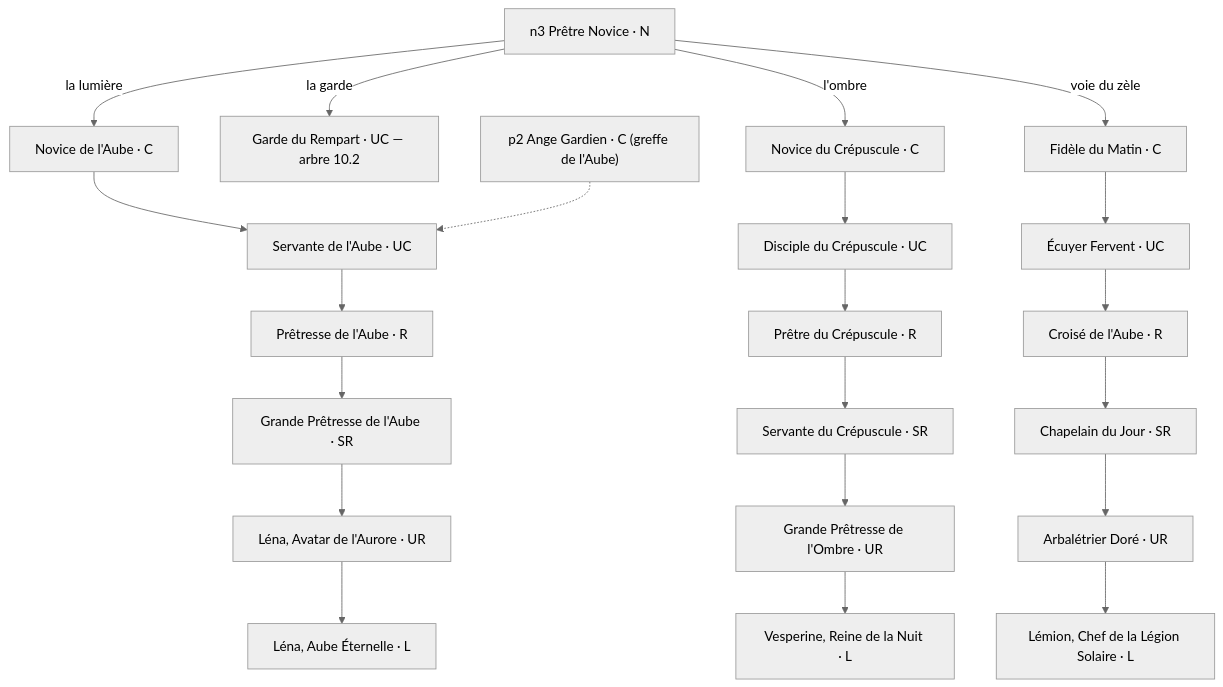
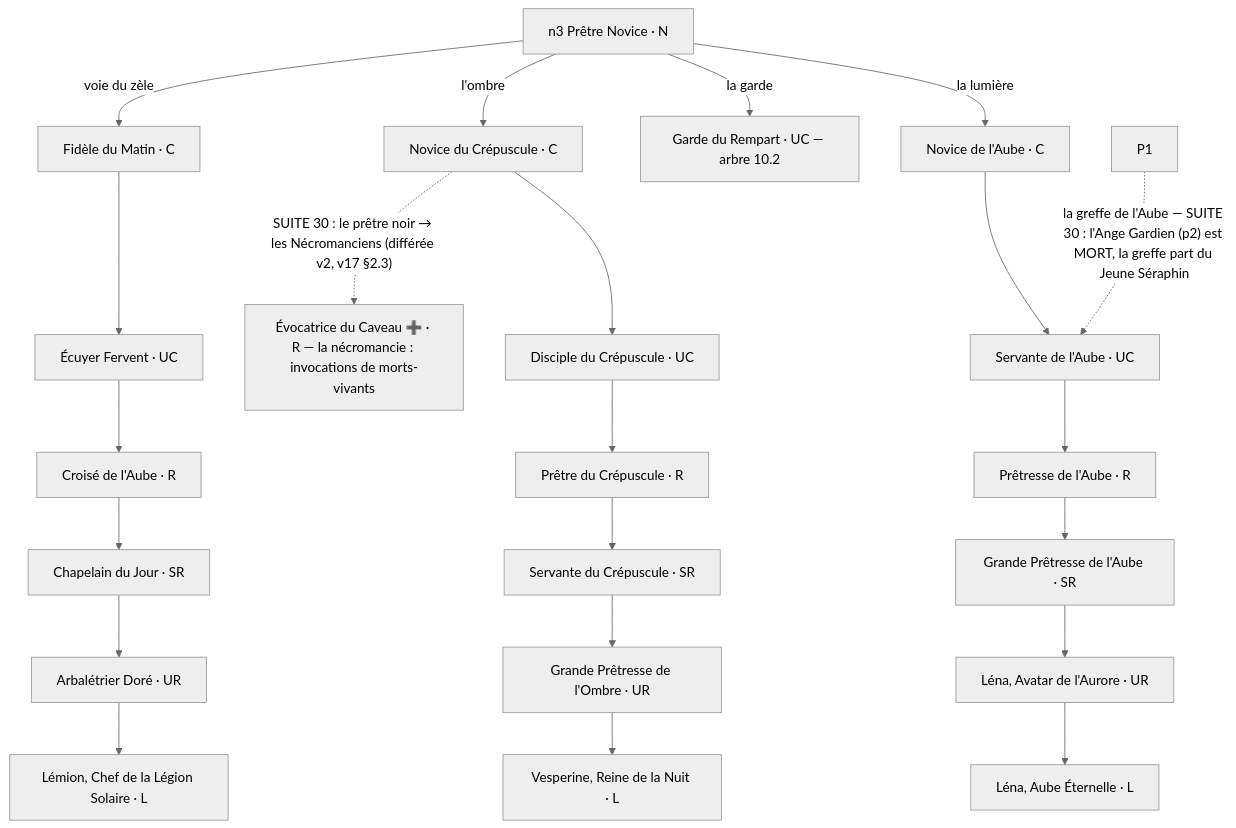
One commit to mobize191/aicg-lignees changed the fourth of 15 diagrams in docs/design/design-arbres-v18.md. Above: the diagram before and after it, drawn with Mermaid (neutral theme). The commit also changed other lines of this file and 5 other files, not shown here.

````diff
--- a/docs/design/design-arbres-v18.md
+++ b/docs/design/design-arbres-v18.md
@@ -346,23 +360,24 @@
 ```mermaid
 flowchart TD
   N3["n3 Prêtre Novice · N"] -->|"la lumière"| S1["Novice de l'Aube · C"]
   N3 -->|"la garde"| S14["Garde du Rempart · UC — arbre 10.2"]
   N3 -->|"l'ombre"| Q1["Novice du Crépuscule · C"]
   N3 -->|"voie du zèle"| U1["Fidèle du Matin · C"]
   S1 --> S13["Servante de l'Aube · UC"]
   S13 --> S5["Prêtresse de l'Aube · R"]
   S5 --> S8["Grande Prêtresse de l'Aube · SR"]
   S8 --> S9["Léna, Avatar de l'Aurore · UR"]
   S9 --> S10["Léna, Aube Éternelle · L"]
   Q1 --> Q2["Disciple du Crépuscule · UC"]
   Q2 --> Q3["Prêtre du Crépuscule · R"]
   Q3 --> Q4["Servante du Crépuscule · SR"]
   Q4 --> Q5["Grande Prêtresse de l'Ombre · UR"]
   Q5 --> Q6["Vesperine, Reine de la Nuit · L"]
   U1 --> U2["Écuyer Fervent · UC"]
   U2 --> U3["Croisé de l'Aube · R"]
   U3 --> U4["Chapelain du Jour · SR"]
   U4 --> U5["Arbalétrier Doré · UR"]
   U5 --> U6["Lémion, Chef de la Légion Solaire · L"]
-  P2["p2 Ange Gardien · C (greffe de l'Aube)"] -.-> S13
+  P1 -.->|"la greffe de l'Aube — SUITE 30 : l'Ange Gardien (p2) est MORT, la greffe part du Jeune Séraphin"| S13
+  Q1 -.->|"SUITE 30 : le prêtre noir → les Nécromanciens (différée v2, v17 §2.3)"| NEC["Évocatrice du Caveau ➕ · R — la nécromancie : invocations de morts-vivants"]
 ```
````
